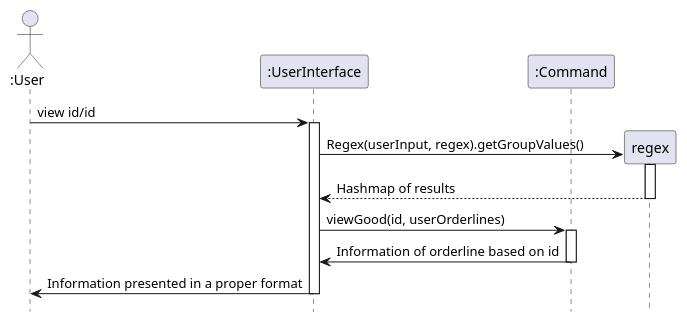
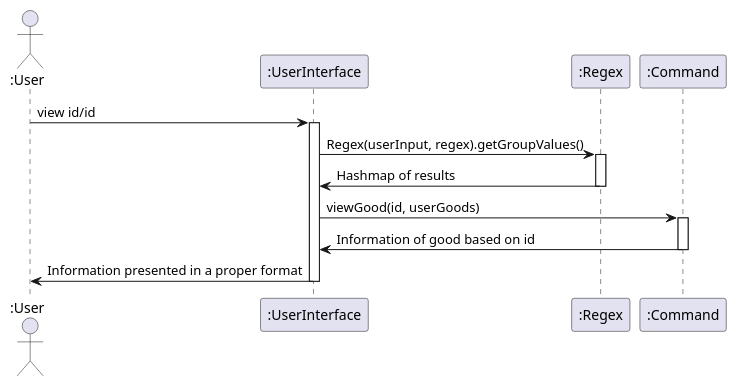
One commit to LDerpy/tp changed the diagram in docs/diagrams/viewGood.puml. Above: the diagram before and after it, drawn with PlantUML. The commit also changed 69 other files, not shown here.

```diff
--- a/docs/diagrams/viewGood.puml
+++ b/docs/diagrams/viewGood.puml
@@ -1,16 +1,15 @@
 @startuml
 'https://plantuml.com/sequence-diagram
-hide footbox
 
 Actor ":User" as user
 participant ":UserInterface" as ui
+participant ":Regex" as regex
 participant ":Command" as command
 
 user -> ui ++ : view id/id
-create regex
 ui -> regex ++ : Regex(userInput, regex).getGroupValues()
-regex --> ui -- : Hashmap of results
-ui -> command ++ : viewGood(id, userOrderlines)
-command -> ui -- : Information of orderline based on id
+regex -> ui -- : Hashmap of results
+ui -> command ++ : viewGood(id, userGoods)
+command -> ui -- : Information of good based on id
 ui -> user -- : Information presented in a proper format
 @enduml
```
